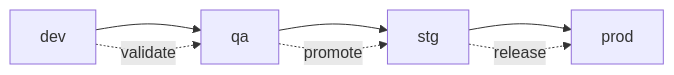
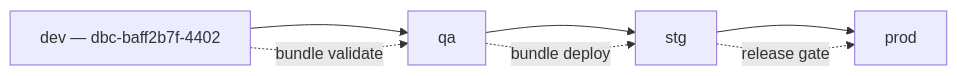
The first of 3 diagrams in docs/architecture/design-artifacts/05-deployment-high-level.md (wchen-dea/Governed-Multi-Agent-Intelligence-on-Databricks), drawn with Mermaid before and after one commit. The commit also changed other lines of this file and 51 other files, not shown here.

````diff
--- a/docs/architecture/design-artifacts/05-deployment-high-level.md
+++ b/docs/architecture/design-artifacts/05-deployment-high-level.md
@@ -7,10 +7,10 @@
 ```mermaid
 flowchart LR
-    Dev[dev] --> QA[qa]
+    Dev[dev — dbc-baff2b7f-4402] --> QA[qa]
     QA --> STG[stg]
     STG --> PRD[prod]
 
-    Dev -. validate .-> QA
-    QA -. promote .-> STG
-    STG -. release .-> PRD
+    Dev -. bundle validate .-> QA
+    QA -. bundle deploy .-> STG
+    STG -. release gate .-> PRD
 ```
````
